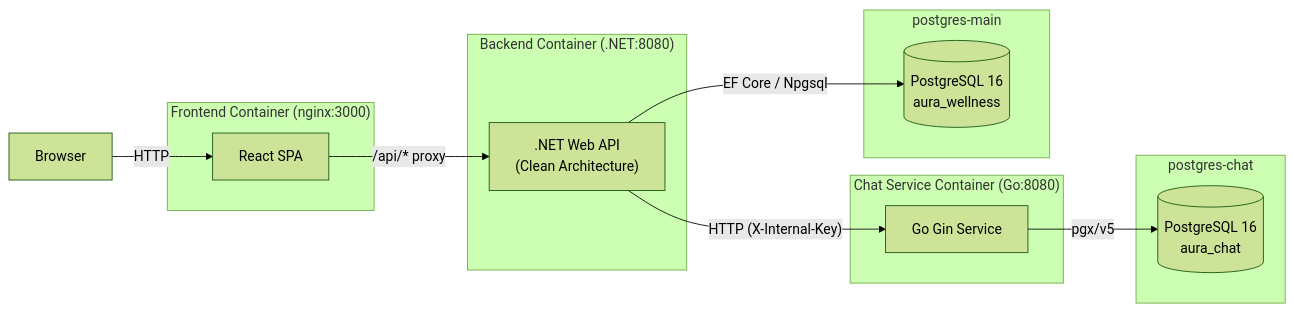
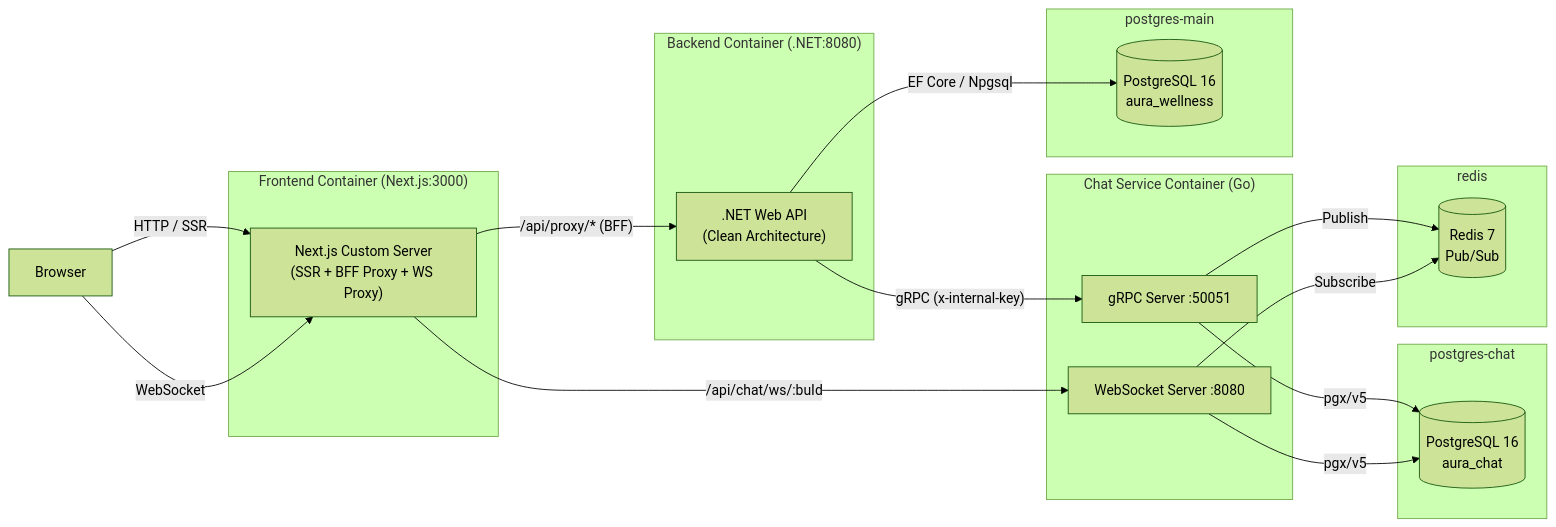
The first of 6 diagrams in docs/system-design.md (ZEN-ZAI/Aura-Wellness), drawn with Mermaid (forest theme) before and after one commit. The commit also changed other lines of this file and 1 other file, not shown here.

````diff
--- a/docs/system-design.md
+++ b/docs/system-design.md
@@ -30,30 +32,40 @@
 ```mermaid
 graph LR
     Browser["Browser"]
 
-    subgraph frontend ["Frontend Container (nginx:3000)"]
-        FE["React SPA"]
+    subgraph frontend ["Frontend Container (Next.js:3000)"]
+        FE["Next.js Custom Server\n(SSR + BFF Proxy + WS Proxy)"]
     end
 
     subgraph backend ["Backend Container (.NET:8080)"]
         API[".NET Web API\n(Clean Architecture)"]
     end
 
-    subgraph chat ["Chat Service Container (Go:8080)"]
-        CS["Go Gin Service"]
+    subgraph chat ["Chat Service Container (Go)"]
+        GRPC["gRPC Server :50051"]
+        WS["WebSocket Server :8080"]
     end
 
     subgraph db_main ["postgres-main"]
         PG1[("PostgreSQL 16\naura_wellness")]
     end
 
     subgraph db_chat ["postgres-chat"]
         PG2[("PostgreSQL 16\naura_chat")]
     end
 
-    Browser -->|HTTP| FE
-    FE -->|"/api/* proxy"| API
-    API -->|EF Core / Npgsql| PG1
-    API -->|"HTTP (X-Internal-Key)"| CS
-    CS -->|pgx/v5| PG2
+    subgraph redis_node ["redis"]
+        REDIS[("Redis 7\nPub/Sub")]
+    end
+
+    Browser -->|"HTTP / SSR"| FE
+    Browser -->|"WebSocket"| FE
+    FE -->|"/api/proxy/* (BFF)"| API
+    FE -->|"/api/chat/ws/:buId"| WS
+    API -->|"EF Core / Npgsql"| PG1
+    API -->|"gRPC (x-internal-key)"| GRPC
+    GRPC -->|pgx/v5| PG2
+    GRPC -->|"Publish"| REDIS
+    WS -->|"Subscribe"| REDIS
+    WS -->|pgx/v5| PG2
 ```
````
